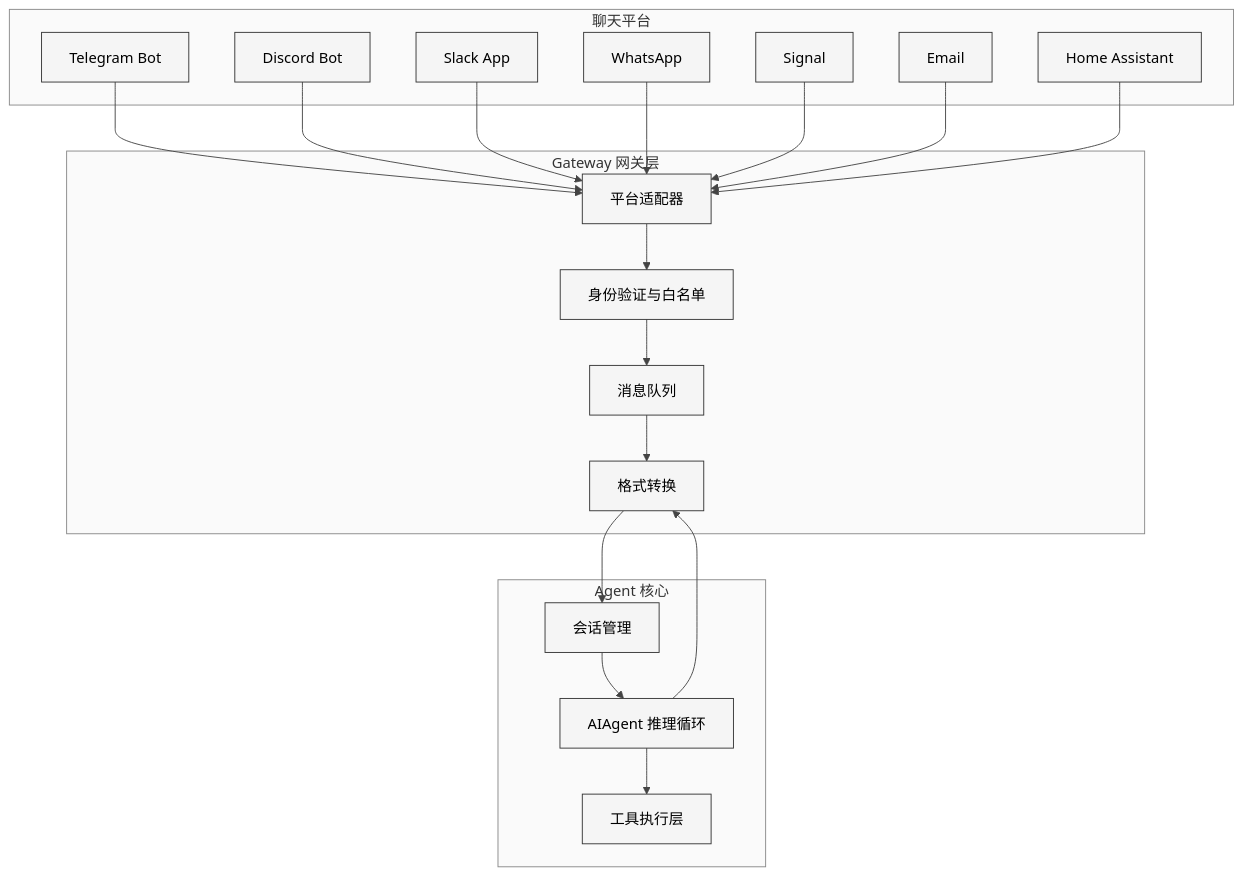
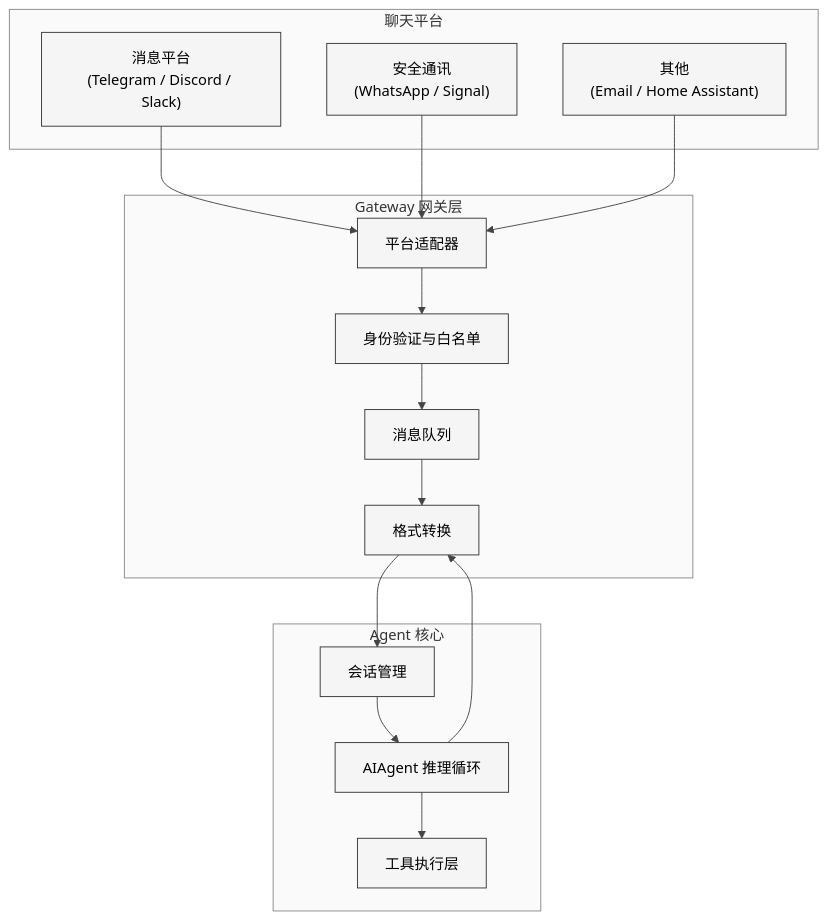
Before and after one commit to xiaonancs/hermes-agent-study: the third of 6 diagrams in Part I 原理与使用/04-高级使用方法.md, drawn with Mermaid. The commit also changed other lines of this file and 32 other files, not shown here.

First line of the commit message:
Mermaid 图表修复：白色背景板 + 长宽比优化

````diff
--- a/Part I 原理与使用/04-高级使用方法.md
+++ b/Part I 原理与使用/04-高级使用方法.md
@@ -381,38 +378,23 @@
 ```mermaid
 %%{init: {'theme': 'neutral', 'themeVariables': {'background': '#ffffff', 'primaryColor': '#f5f5f5', 'primaryTextColor': '#000000', 'primaryBorderColor': '#333333', 'lineColor': '#444444', 'textColor': '#000000', 'mainBkg': '#f5f5f5', 'nodeBorder': '#333333', 'clusterBkg': '#fafafa', 'clusterBorder': '#888888', 'edgeLabelBackground': '#ffffff'}}}%%
 graph TD
     subgraph platforms ["聊天平台"]
-        TG["Telegram Bot"]
-        DC["Discord Bot"]
-        SL["Slack App"]
-        WA["WhatsApp"]
-        SIG["Signal"]
-        EMAIL["Email"]
-        HA["Home Assistant"]
+        MSG["消息平台<br/>(Telegram / Discord / Slack)"]
+        SECURE["安全通讯<br/>(WhatsApp / Signal)"]
+        OTHER["其他<br/>(Email / Home Assistant)"]
     end
     subgraph gateway ["Gateway 网关层"]
-        ADAPTER["平台适配器"]
-        QUEUE["消息队列"]
-        FORMAT["格式转换"]
-        AUTH["身份验证与白名单"]
+        ADAPTER["平台适配器"] --> AUTH["身份验证与白名单"]
+        AUTH --> QUEUE["消息队列"]
+        QUEUE --> FORMAT["格式转换"]
     end
     subgraph core ["Agent 核心"]
-        SESSION["会话管理"]
-        AGENT["AIAgent 推理循环"]
-        TOOLS["工具执行层"]
+        SESSION["会话管理"] --> AGENT["AIAgent 推理循环"]
+        AGENT --> TOOLS["工具执行层"]
     end
-    TG --> ADAPTER
-    DC --> ADAPTER
-    SL --> ADAPTER
-    WA --> ADAPTER
-    SIG --> ADAPTER
-    EMAIL --> ADAPTER
-    HA --> ADAPTER
-    ADAPTER --> AUTH
-    AUTH --> QUEUE
-    QUEUE --> FORMAT
+    MSG --> ADAPTER
+    SECURE --> ADAPTER
+    OTHER --> ADAPTER
     FORMAT --> SESSION
-    SESSION --> AGENT
-    AGENT --> TOOLS
     AGENT --> FORMAT
 ```
````
